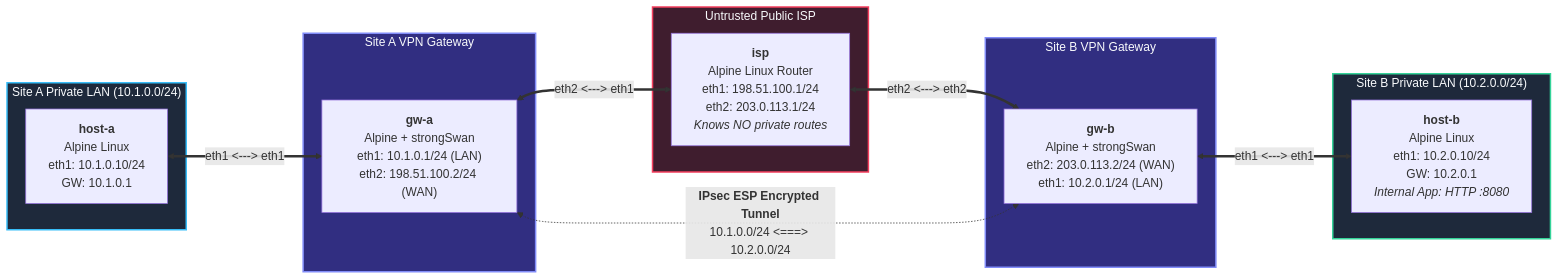
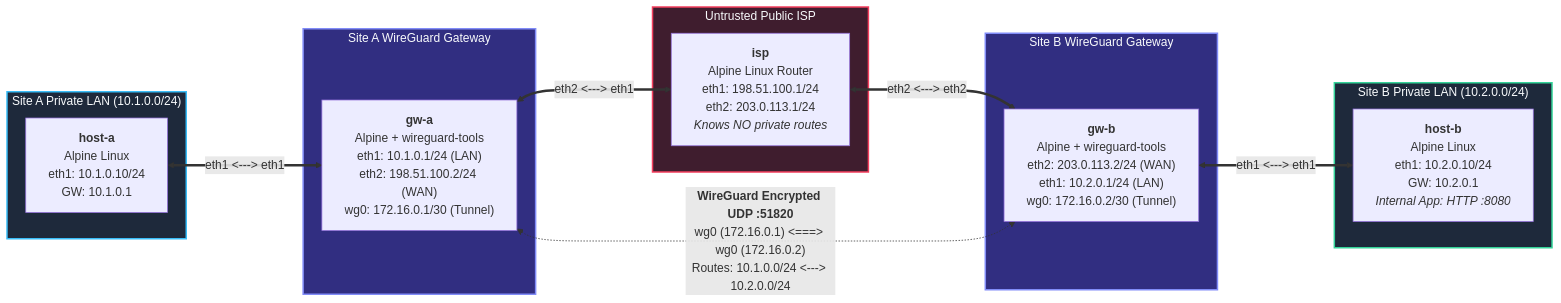
One commit to sealneaward/network-design changed the diagram in tutorials/vpn.md. Above: the diagram before and after it, drawn with Mermaid. The commit also changed other lines of this file, not shown here.

````diff
--- a/tutorials/vpn.md
+++ b/tutorials/vpn.md
@@ -29,35 +29,35 @@
 ```mermaid
 graph LR
     subgraph Site_A ["Site A Private LAN (10.1.0.0/24)"]
         HostA["<b>host-a</b><br/>Alpine Linux<br/>eth1: 10.1.0.10/24<br/>GW: 10.1.0.1"]
     end
 
-    subgraph GW_A ["Site A VPN Gateway"]
-        RouterA["<b>gw-a</b><br/>Alpine + strongSwan<br/>eth1: 10.1.0.1/24 (LAN)<br/>eth2: 198.51.100.2/24 (WAN)"]
+    subgraph GW_A ["Site A WireGuard Gateway"]
+        RouterA["<b>gw-a</b><br/>Alpine + wireguard-tools<br/>eth1: 10.1.0.1/24 (LAN)<br/>eth2: 198.51.100.2/24 (WAN)<br/>wg0: 172.16.0.1/30 (Tunnel)"]
     end
 
     subgraph Untrusted_ISP ["Untrusted Public ISP"]
         ISP["<b>isp</b><br/>Alpine Linux Router<br/>eth1: 198.51.100.1/24<br/>eth2: 203.0.113.1/24<br/><i>Knows NO private routes</i>"]
     end
 
-    subgraph GW_B ["Site B VPN Gateway"]
-        RouterB["<b>gw-b</b><br/>Alpine + strongSwan<br/>eth2: 203.0.113.2/24 (WAN)<br/>eth1: 10.2.0.1/24 (LAN)"]
+    subgraph GW_B ["Site B WireGuard Gateway"]
+        RouterB["<b>gw-b</b><br/>Alpine + wireguard-tools<br/>eth2: 203.0.113.2/24 (WAN)<br/>eth1: 10.2.0.1/24 (LAN)<br/>wg0: 172.16.0.2/30 (Tunnel)"]
     end
 
     subgraph Site_B ["Site B Private LAN (10.2.0.0/24)"]
         HostB["<b>host-b</b><br/>Alpine Linux<br/>eth1: 10.2.0.10/24<br/>GW: 10.2.0.1<br/><i>Internal App: HTTP :8080</i>"]
     end
 
     HostA <==>|"eth1 <---> eth1"| RouterA
     RouterA <==>|"eth2 <---> eth1"| ISP
     ISP <==>|"eth2 <---> eth2"| RouterB
     RouterB <==>|"eth1 <---> eth1"| HostB
 
-    RouterA <-.->|"<b>IPsec ESP Encrypted Tunnel</b><br/>10.1.0.0/24 <===> 10.2.0.0/24"| RouterB
+    RouterA <-.->|"<b>WireGuard Encrypted UDP :51820</b><br/>wg0 (172.16.0.1) <===> wg0 (172.16.0.2)<br/>Routes: 10.1.0.0/24 <---> 10.2.0.0/24"| RouterB
 
     style Site_A fill:#1e293b,stroke:#38bdf8,stroke-width:2px,color:#f8fafc
     style GW_A fill:#312e81,stroke:#818cf8,stroke-width:2px,color:#f8fafc
     style Untrusted_ISP fill:#3f1d2e,stroke:#f43f5e,stroke-width:2px,color:#f8fafc
     style GW_B fill:#312e81,stroke:#818cf8,stroke-width:2px,color:#f8fafc
     style Site_B fill:#1e293b,stroke:#34d399,stroke-width:2px,color:#f8fafc
 ```
````
